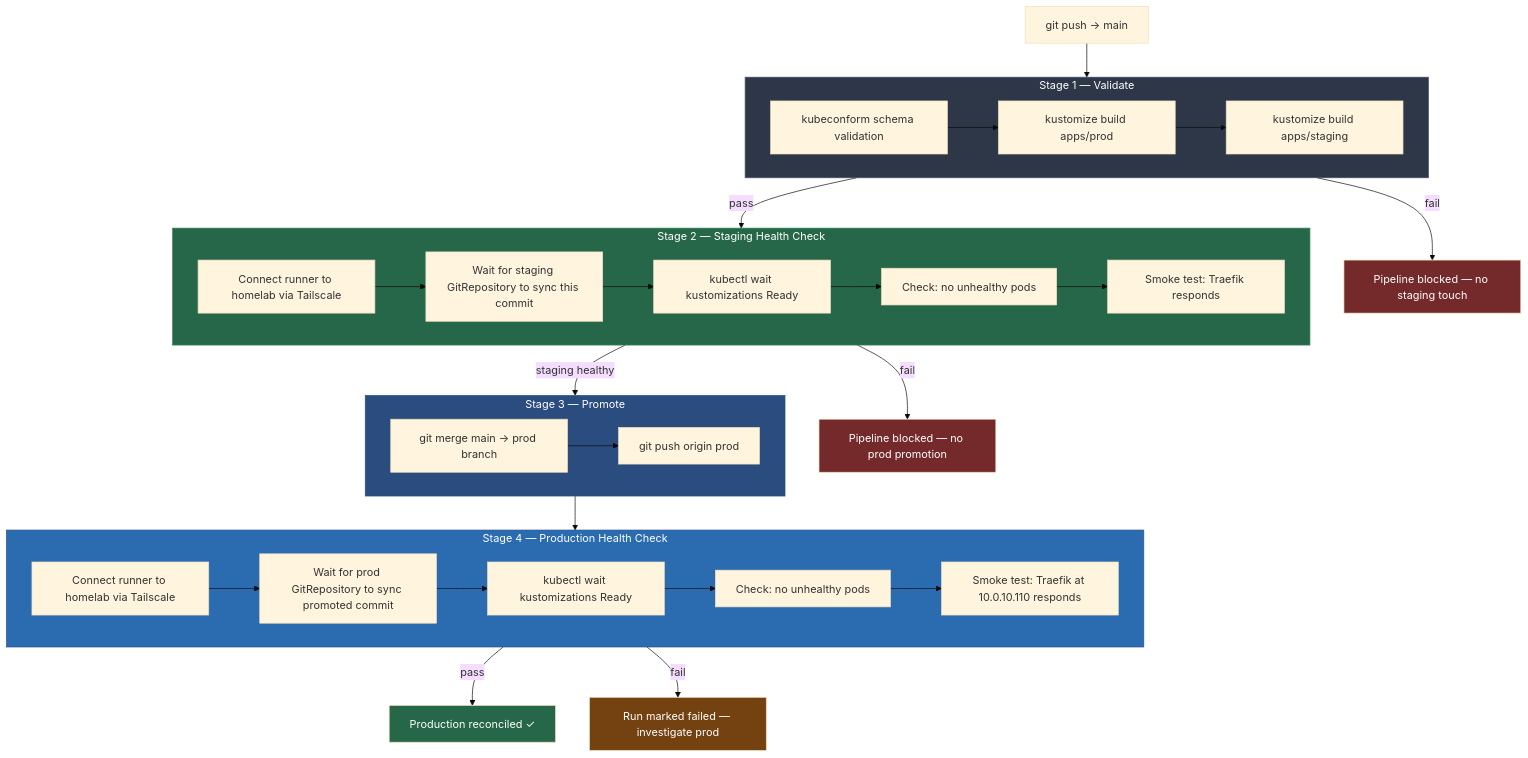
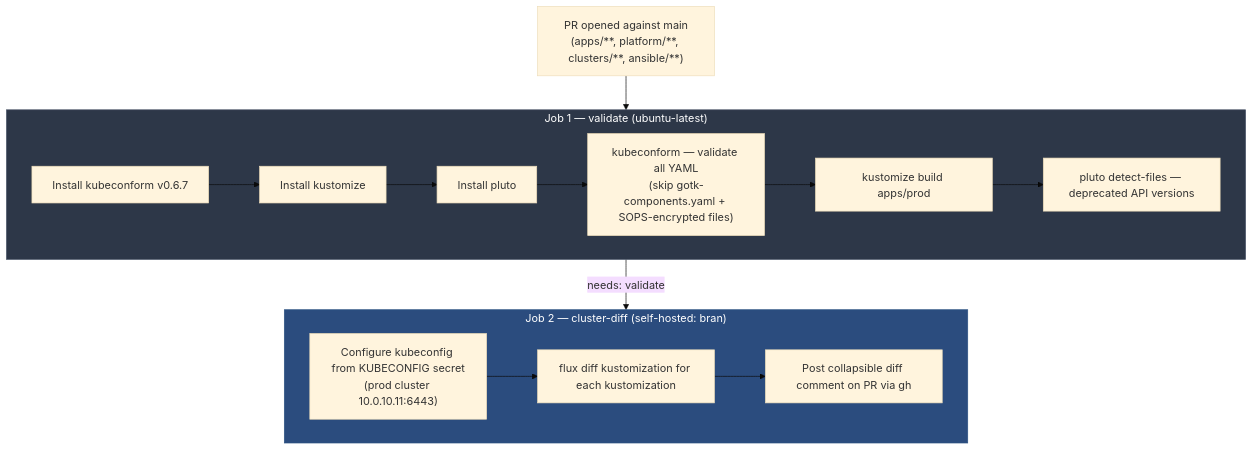
One commit to Kagiso-me/homelab-infrastructure changed the second of 3 diagrams in docs/guides/04-Flux-GitOps.md. Above: the diagram before and after it, drawn with Mermaid (base theme). The commit also changed other lines of this file and 47 other files, not shown here.

````diff
--- a/docs/guides/04-Flux-GitOps.md
+++ b/docs/guides/04-Flux-GitOps.md
@@ -180,55 +155,27 @@
 ```mermaid
 flowchart TD
-    Push["git push → main"] --> S1
+    PR["PR opened against main\n(apps/**, platform/**, clusters/**, ansible/**)"]
+    PR --> J1
 
-    subgraph S1["Stage 1 — Validate"]
-        V1["kubeconform schema validation"]
-        V2["kustomize build apps/prod"]
-        V3["kustomize build apps/staging"]
-        V1 --> V2 --> V3
+    subgraph J1["Job 1 — validate (ubuntu-latest)"]
+        V1["Install kubeconform v0.6.7"]
+        V2["Install kustomize"]
+        V3["Install pluto"]
+        V4["kubeconform — validate all YAML\n(skip gotk-components.yaml + SOPS-encrypted files)"]
+        V5["kustomize build apps/prod"]
+        V6["pluto detect-files — deprecated API versions"]
+        V1 --> V2 --> V3 --> V4 --> V5 --> V6
     end
 
-    S1 -->|pass| S2
+    J1 -->|needs: validate| J2
 
-    subgraph S2["Stage 2 — Staging Health Check"]
-        H1["Connect runner to homelab via Tailscale"]
-        H2["Wait for staging GitRepository to sync this commit"]
-        H3["kubectl wait kustomizations Ready"]
-        H4["Check: no unhealthy pods"]
-        H5["Smoke test: Traefik responds"]
-        H1 --> H2 --> H3 --> H4 --> H5
+    subgraph J2["Job 2 — cluster-diff (self-hosted: bran)"]
+        D1["Configure kubeconfig from KUBECONFIG secret\n(prod cluster 10.0.10.11:6443)"]
+        D2["flux diff kustomization for each kustomization"]
+        D3["Post collapsible diff comment on PR via gh"]
+        D1 --> D2 --> D3
     end
 
-    S2 -->|"staging healthy"| S3
-
-    subgraph S3["Stage 3 — Promote"]
-        P1["git merge main → prod branch"]
-        P2["git push origin prod"]
-        P1 --> P2
-    end
-
-    S3 --> S4
-
-    subgraph S4["Stage 4 — Production Health Check"]
-        PH1["Connect runner to homelab via Tailscale"]
-        PH2["Wait for prod GitRepository to sync promoted commit"]
-        PH3["kubectl wait kustomizations Ready"]
-        PH4["Check: no unhealthy pods"]
-        PH5["Smoke test: Traefik at 10.0.10.110 responds"]
-        PH1 --> PH2 --> PH3 --> PH4 --> PH5
-    end
-
-    S4 -->|pass| Done["Production reconciled ✓"]
-    S1 -->|fail| Abort1["Pipeline blocked — no staging touch"]
-    S2 -->|fail| Abort2["Pipeline blocked — no prod promotion"]
-    S4 -->|fail| Alert["Run marked failed — investigate prod"]
-
-    style S1 fill:#2d3748,color:#fff,stroke:#4a5568
-    style S2 fill:#276749,color:#fff,stroke:#2f855a
-    style S3 fill:#2b4c7e,color:#fff,stroke:#2c5282
-    style S4 fill:#2b6cb0,color:#fff,stroke:#2c5282
-    style Done fill:#276749,color:#fff
-    style Abort1 fill:#742a2a,color:#fff
-    style Abort2 fill:#742a2a,color:#fff
-    style Alert fill:#744210,color:#fff
+    style J1 fill:#2d3748,color:#fff,stroke:#4a5568
+    style J2 fill:#2b4c7e,color:#fff,stroke:#2c5282
 ```
````
